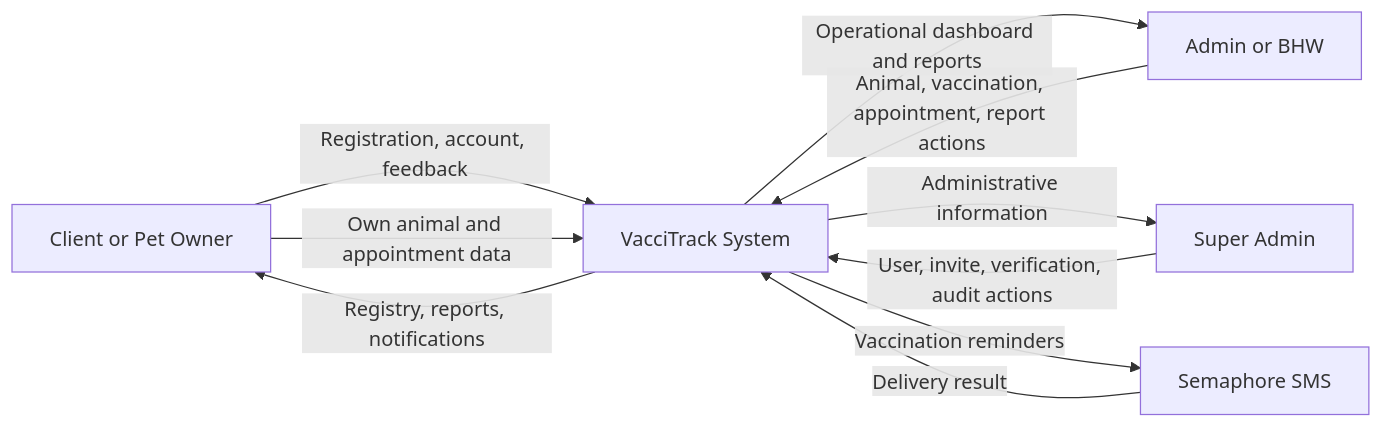
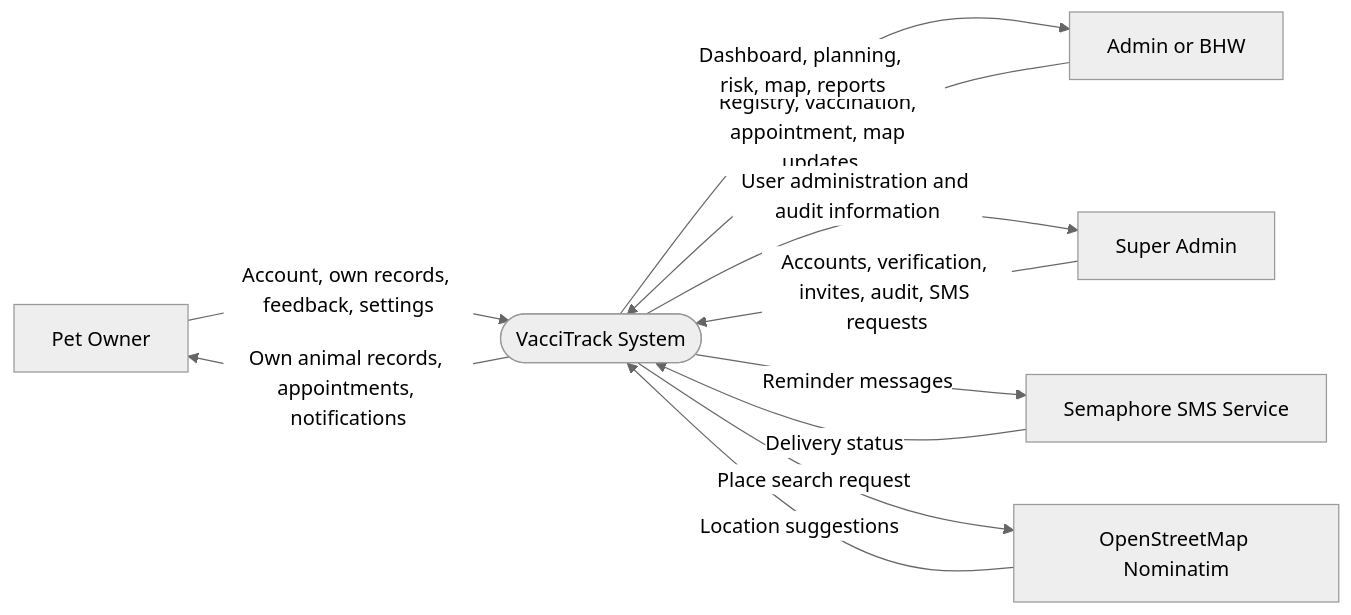
The third of 7 diagrams in docs/vaccitrack-system.md (kiniakoangaccount/vaccitrack-capstone), drawn with Mermaid before and after one commit. The commit also changed other lines of this file and 7 other files, not shown here.

Commit message:
diagrams

````diff
--- a/docs/vaccitrack-system.md
+++ b/docs/vaccitrack-system.md
@@ -66,18 +157,21 @@
 ```mermaid
+%%{init: {"theme":"neutral"}}%%
 flowchart LR
-  C[Client or Pet Owner]
-  S[Admin or BHW]
-  SA[Super Admin]
-  SYS[VacciTrack System]
-  SMS[Semaphore SMS]
+  OWNER[Pet Owner]
+  STAFF[Admin or BHW]
+  SUPER[Super Admin]
+  SYSTEM([VacciTrack System])
+  SMS[Semaphore SMS Service]
+  OSM[OpenStreetMap Nominatim]
 
-  C -->|Registration, account, feedback| SYS
-  C -->|Own animal and appointment data| SYS
-  S -->|Animal, vaccination, appointment, report actions| SYS
-  SA -->|User, invite, verification, audit actions| SYS
-  SYS -->|Registry, reports, notifications| C
-  SYS -->|Operational dashboard and reports| S
-  SYS -->|Administrative information| SA
-  SYS -->|Vaccination reminders| SMS
-  SMS -->|Delivery result| SYS
+  OWNER -->|Account, own records, feedback, settings| SYSTEM
+  SYSTEM -->|Own animal records, appointments, notifications| OWNER
+  STAFF -->|Registry, vaccination, appointment, map updates| SYSTEM
+  SYSTEM -->|Dashboard, planning, risk, map, reports| STAFF
+  SUPER -->|Accounts, verification, invites, audit, SMS requests| SYSTEM
+  SYSTEM -->|User administration and audit information| SUPER
+  SYSTEM -->|Reminder messages| SMS
+  SMS -->|Delivery status| SYSTEM
+  SYSTEM -->|Place search request| OSM
+  OSM -->|Location suggestions| SYSTEM
 ```
````
